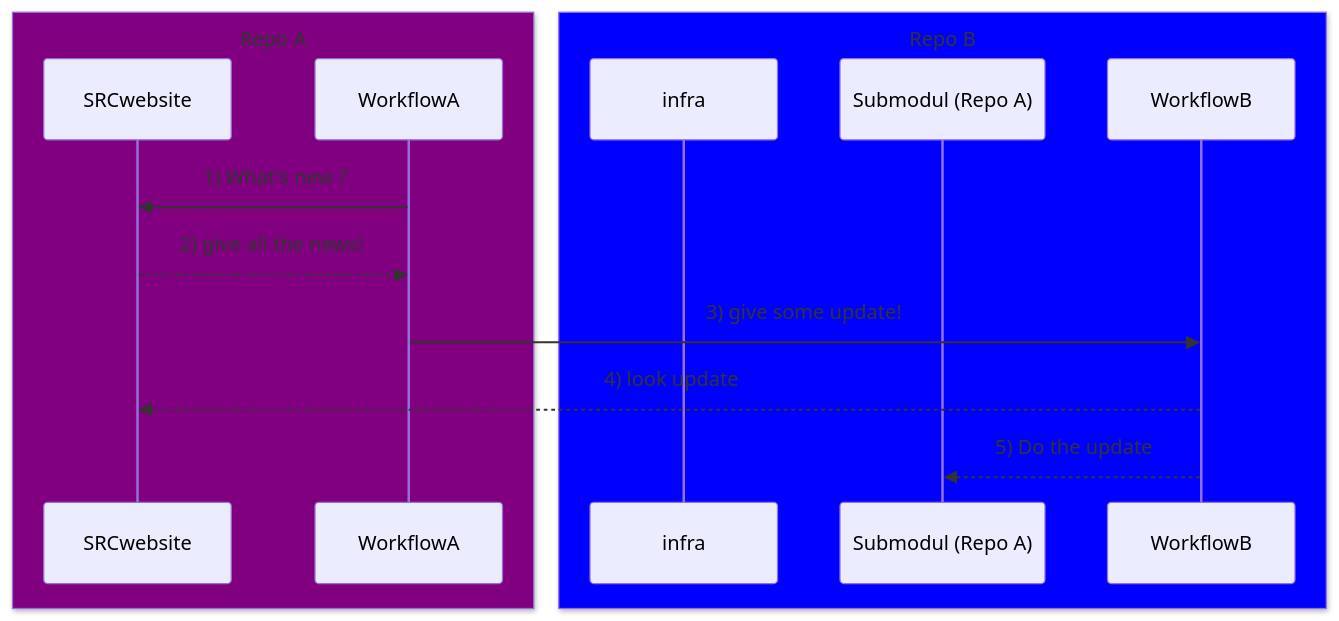
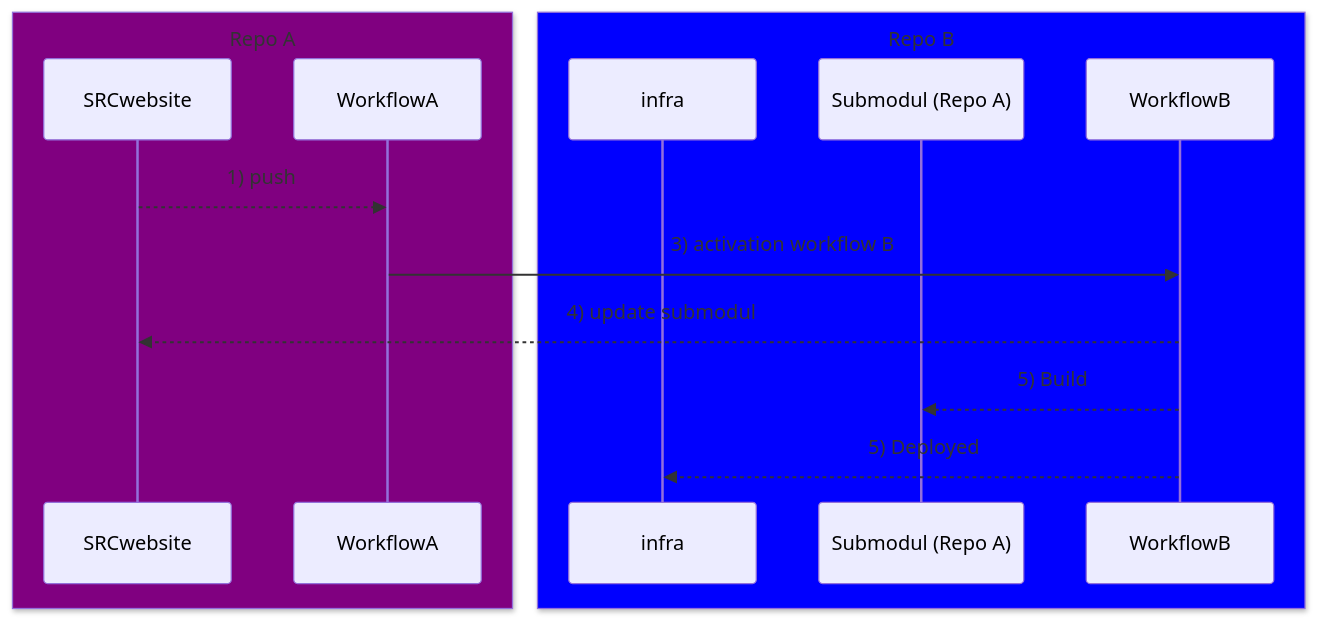
Before and after one commit to TheotimChevalier/Repo-B: the diagram in README.md, drawn with Mermaid.

````diff
--- a/README.md
+++ b/README.md
@@ -3,18 +3,19 @@
 ```mermaid
 
     sequenceDiagram
     box Purple Repo A
     participant SRCwebsite
     participant WorkflowA
     end
     box blue Repo B
     participant infra
     participant Submodul (Repo A)
     participant  WorkflowB
     end
-     WorkflowA->>   SRCwebsite: 1) What's new ?
-    SRCwebsite-->>  WorkflowA: 2) give all the news!
-     WorkflowA->>  WorkflowB: 3) give some update!
-     WorkflowB-->>  SRCwebsite: 4) look update 
-     WorkflowB-->>Submodul (Repo A): 5)  Do the update
+
+    SRCwebsite-->>  WorkflowA: 1) push
+     WorkflowA->>  WorkflowB: 3) activation workflow B 
+     WorkflowB-->>  SRCwebsite: 4) update submodul
+     WorkflowB-->>Submodul (Repo A): 5)  Build
+    WorkflowB-->>infra : 5)  Deployed
 ```
````
